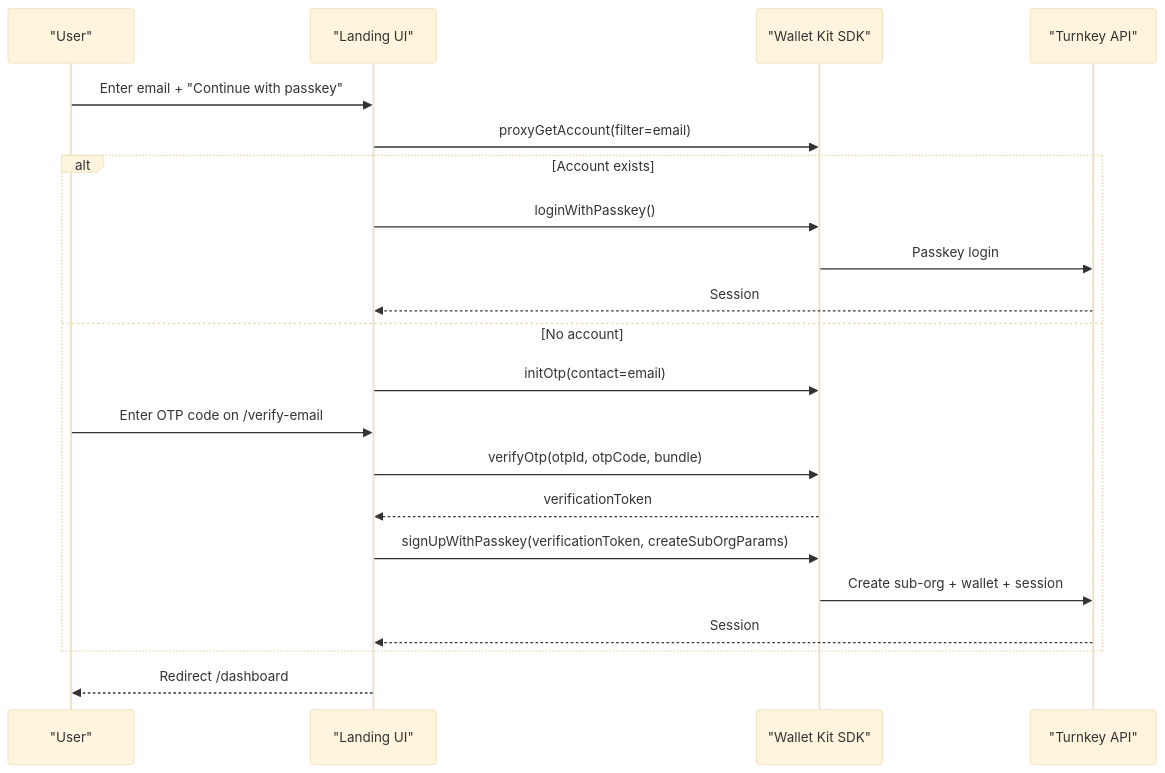
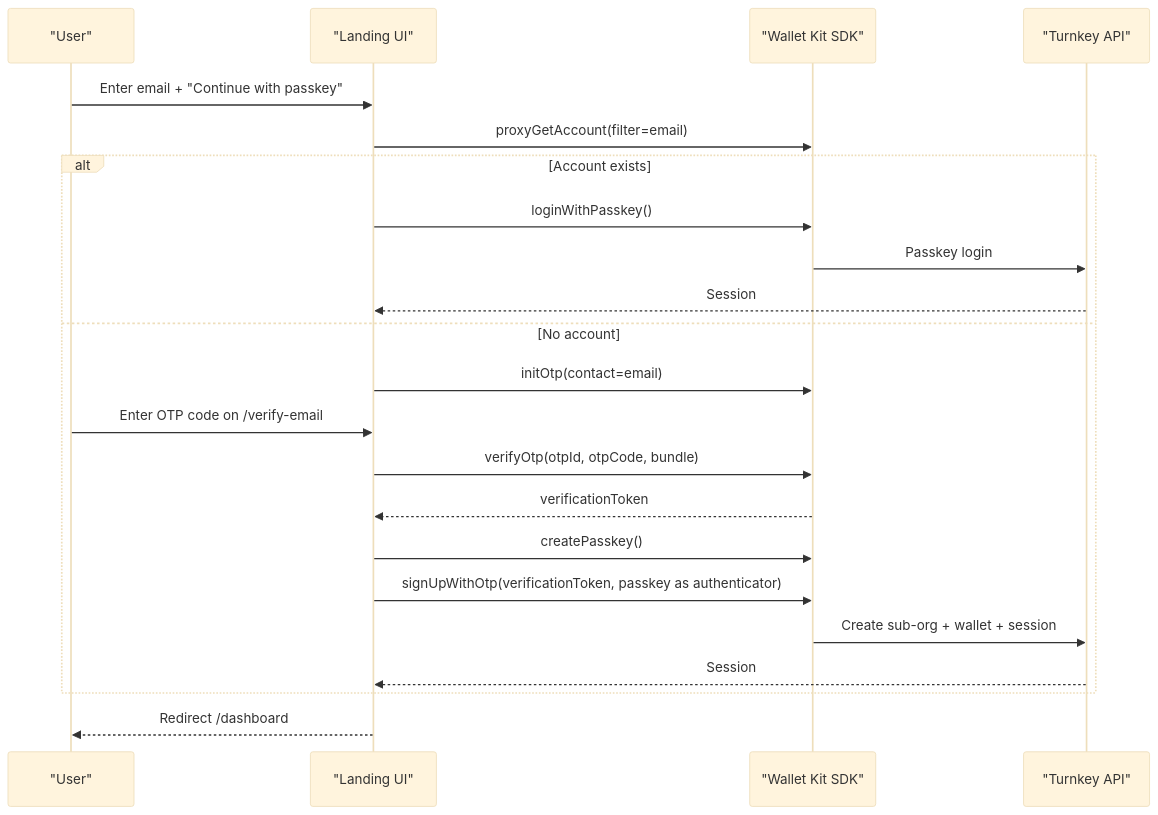
The third of 4 diagrams in README.md (tkhq/demo-embedded-wallet), drawn with Mermaid (base theme) before and after one commit. The commit also changed other lines of this file and 1 other file, not shown here.

First line of the commit message:
Update README and CLAUDE.md for the current architecture

````diff
--- a/README.md
+++ b/README.md
@@ -185,24 +202,25 @@
 ```mermaid
 sequenceDiagram
   participant U as "User"
   participant UI as "Landing UI"
   participant SDK as "Wallet Kit SDK"
   participant TK as "Turnkey API"
 
   U->>UI: Enter email + "Continue with passkey"
   UI->>SDK: proxyGetAccount(filter=email)
   alt Account exists
     UI->>SDK: loginWithPasskey()
     SDK->>TK: Passkey login
     TK-->>UI: Session
   else No account
     UI->>SDK: initOtp(contact=email)
     U->>UI: Enter OTP code on /verify-email
     UI->>SDK: verifyOtp(otpId, otpCode, bundle)
     SDK-->>UI: verificationToken
-    UI->>SDK: signUpWithPasskey(verificationToken, createSubOrgParams)
+    UI->>SDK: createPasskey()
+    UI->>SDK: signUpWithOtp(verificationToken, passkey as authenticator)
     SDK->>TK: Create sub-org + wallet + session
     TK-->>UI: Session
   end
   UI-->>U: Redirect /dashboard
 ```
````
